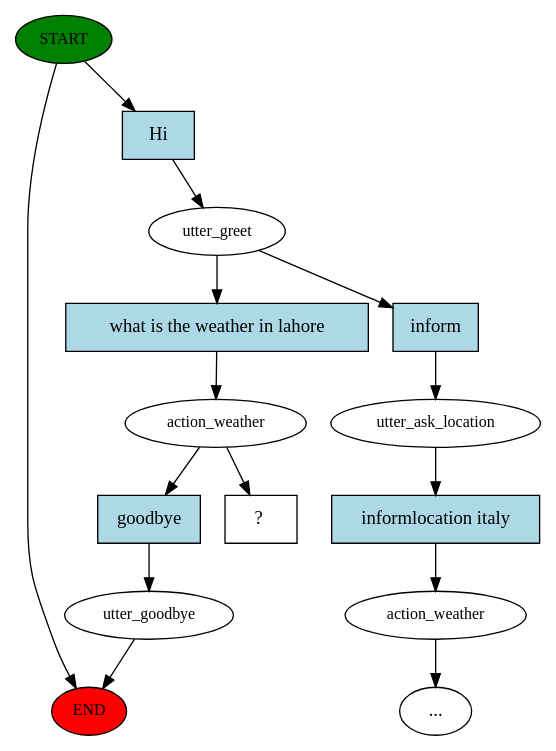
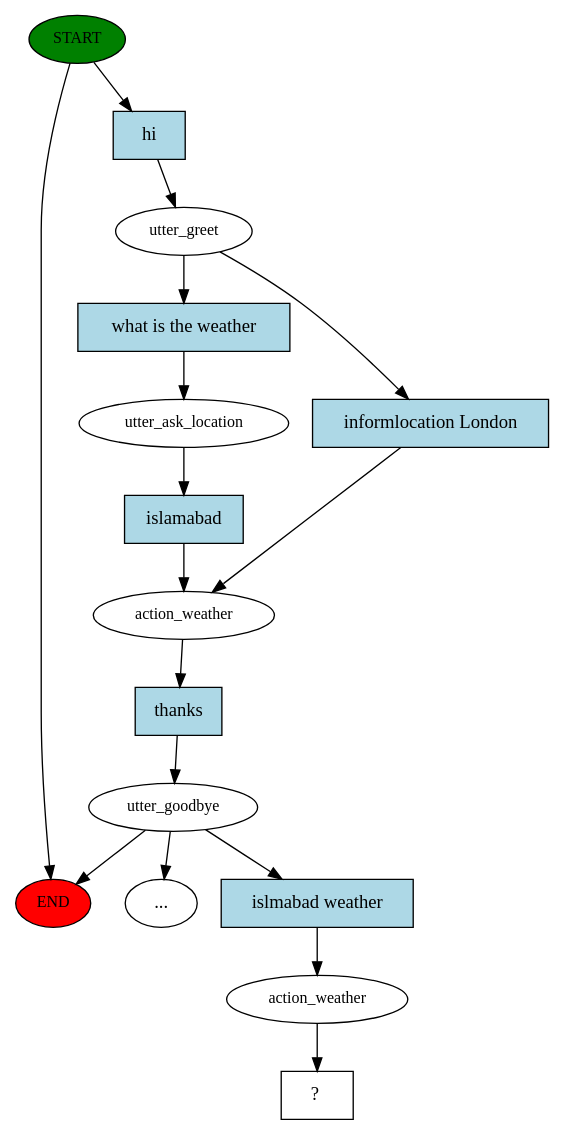
One commit to Nomiluks/weather-bot changed the diagram in story_graph.dot. Above: the diagram before and after it, drawn with Graphviz. The commit also changed 6 other files, not shown here.

```diff
--- a/story_graph.dot
+++ b/story_graph.dot
@@ -1,30 +1,33 @@
 digraph  {
 0 [class="start active", fillcolor=green, fontsize=12, label=START, style=filled];
 "-1" [class=end, fillcolor=red, fontsize=12, label=END, style=filled];
 1 [class=active, fontsize=12, label=utter_greet];
-2 [class="", fontsize=12, label=utter_ask_location];
-3 [class="", fontsize=12, label=action_weather];
+2 [class=active, fontsize=12, label=utter_ask_location];
+3 [class=active, fontsize=12, label=action_weather];
+4 [class=active, fontsize=12, label=utter_goodbye];
 "-3" [class=ellipsis, label="..."];
-5 [class=active, fontsize=12, label=action_weather];
-6 [class="", fontsize=12, label=utter_goodbye];
-9 [class="intent dashed active", label="  ?  ", shape=rect];
-10 [class="intent active", fillcolor=lightblue, label=Hi, shape=rect, style=filled];
-11 [class=intent, fillcolor=lightblue, label=inform, shape=rect, style=filled];
-12 [class="intent active", fillcolor=lightblue, label="what is the weather in lahore", shape=rect, style=filled];
-13 [class=intent, fillcolor=lightblue, label="informlocation italy", shape=rect, style=filled];
-14 [class=intent, fillcolor=lightblue, label=goodbye, shape=rect, style=filled];
+12 [class=active, fontsize=12, label=action_weather];
+13 [class="intent dashed active", label="  ?  ", shape=rect];
+14 [class="intent active", fillcolor=lightblue, label=hi, shape=rect, style=filled];
+15 [class="intent active", fillcolor=lightblue, label="what is the weather", shape=rect, style=filled];
+16 [class=intent, fillcolor=lightblue, label="informlocation London", shape=rect, style=filled];
+17 [class="intent active", fillcolor=lightblue, label=islamabad, shape=rect, style=filled];
+18 [class="intent active", fillcolor=lightblue, label=thanks, shape=rect, style=filled];
+19 [class="intent active", fillcolor=lightblue, label="islmabad weather", shape=rect, style=filled];
 0 -> "-1"  [class="", key=NONE, label=""];
-0 -> 10  [class=active, key=0];
-1 -> 11  [class="", key=0];
-1 -> 12  [class=active, key=0];
-2 -> 13  [class="", key=0];
-3 -> "-3"  [class="", key=NONE, label=""];
-5 -> 9  [class=active, key=NONE, label=""];
-5 -> 14  [class="", key=0];
-6 -> "-1"  [class="", key=NONE, label=""];
-10 -> 1  [class=active, key=0];
-11 -> 2  [class="", key=0];
-12 -> 5  [class=active, key=0];
-13 -> 3  [class="", key=0];
-14 -> 6  [class="", key=0];
+0 -> 14  [class=active, key=0];
+1 -> 15  [class=active, key=0];
+1 -> 16  [class="", key=0];
+2 -> 17  [class=active, key=0];
+3 -> 18  [class=active, key=0];
+4 -> "-1"  [class="", key=NONE, label=""];
+4 -> "-3"  [class="", key=NONE, label=""];
+4 -> 19  [class=active, key=0];
+12 -> 13  [class=active, key=NONE, label=""];
+14 -> 1  [class=active, key=0];
+15 -> 2  [class=active, key=0];
+16 -> 3  [class="", key=0];
+17 -> 3  [class=active, key=0];
+18 -> 4  [class=active, key=0];
+19 -> 12  [class=active, key=0];
 }
```
